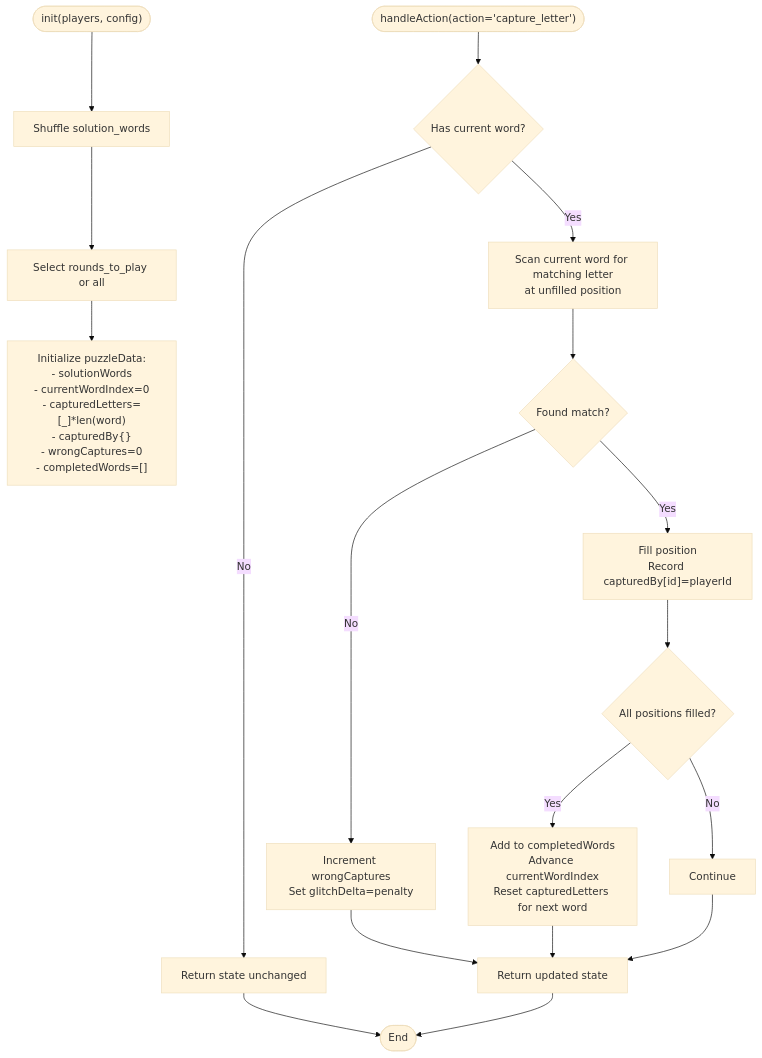
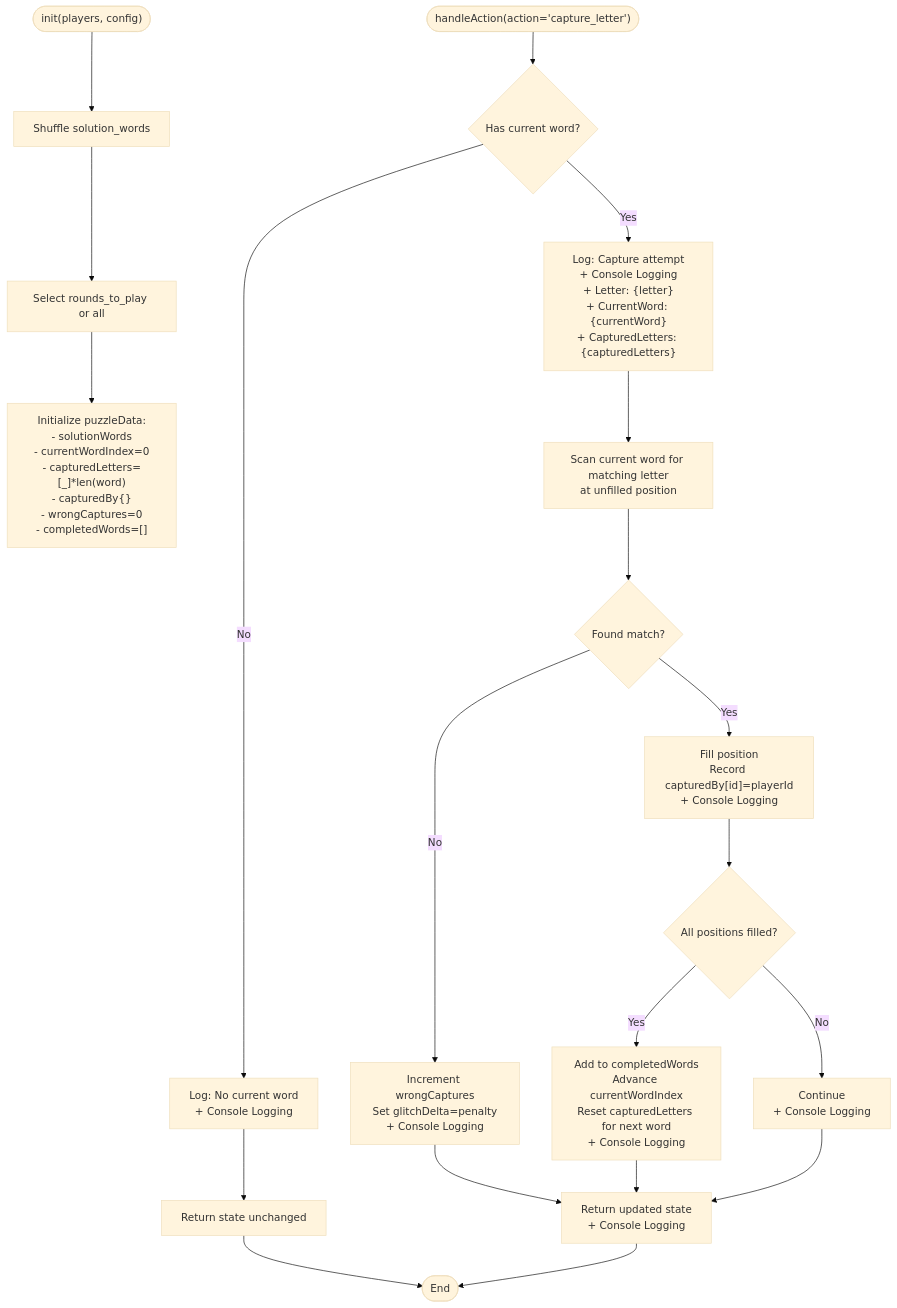
The fourth of 9 diagrams in .qoder/repowiki/en/content/Puzzle System/Asymmetric Symbols Puzzle.md (dkoukoul/escape-room-mvp), drawn with Mermaid (base theme) before and after one commit. The commit also changed other lines of this file and 21 other files, not shown here.

````diff
--- a/.qoder/repowiki/en/content/Puzzle System/Asymmetric Symbols Puzzle.md
+++ b/.qoder/repowiki/en/content/Puzzle System/Asymmetric Symbols Puzzle.md
@@ -212,20 +270,21 @@
 ```mermaid
 flowchart TD
 Init(["init(players, config)"]) --> Shuffle["Shuffle solution_words"]
 Shuffle --> Select["Select rounds_to_play or all"]
 Select --> State["Initialize puzzleData:<br/>- solutionWords<br/>- currentWordIndex=0<br/>- capturedLetters=[_]*len(word)<br/>- capturedBy{}<br/>- wrongCaptures=0<br/>- completedWords=[]"]
 Action(["handleAction(action='capture_letter')"]) --> HasWord{"Has current word?"}
-HasWord --> |No| ReturnState["Return state unchanged"]
-HasWord --> |Yes| FindPos["Scan current word for matching letter<br/>at unfilled position"]
+HasWord --> |No| LogNoWord["Log: No current word<br/>+ Console Logging"] --> ReturnState["Return state unchanged"]
+HasWord --> |Yes| LogAttempt["Log: Capture attempt<br/>+ Console Logging<br/>+ Letter: {letter}<br/>+ CurrentWord: {currentWord}<br/>+ CapturedLetters: {capturedLetters}"]
+LogAttempt --> FindPos["Scan current word for matching letter<br/>at unfilled position"]
 FindPos --> Found{"Found match?"}
-Found --> |Yes| Mark["Fill position<br/>Record capturedBy[id]=playerId"]
+Found --> |Yes| Mark["Fill position<br/>Record capturedBy[id]=playerId<br/>+ Console Logging"]
 Mark --> CheckComplete{"All positions filled?"}
-CheckComplete --> |Yes| NextWord["Add to completedWords<br/>Advance currentWordIndex<br/>Reset capturedLetters for next word"]
-CheckComplete --> |No| KeepGoing["Continue"]
-Found --> |No| Miss["Increment wrongCaptures<br/>Set glitchDelta=penalty"]
-Miss --> ReturnUpdated["Return updated state"]
+CheckComplete --> |Yes| NextWord["Add to completedWords<br/>Advance currentWordIndex<br/>Reset capturedLetters for next word<br/>+ Console Logging"]
+CheckComplete --> |No| KeepGoing["Continue<br/>+ Console Logging"]
+Found --> |No| Miss["Increment wrongCaptures<br/>Set glitchDelta=penalty<br/>+ Console Logging"]
+Miss --> ReturnUpdated["Return updated state<br/>+ Console Logging"]
 NextWord --> ReturnUpdated
 KeepGoing --> ReturnUpdated
 ReturnState --> End(["End"])
 ReturnUpdated --> End
 ```
````
